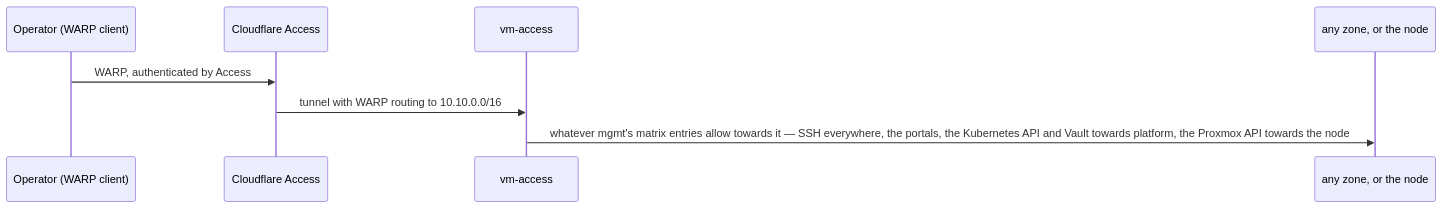
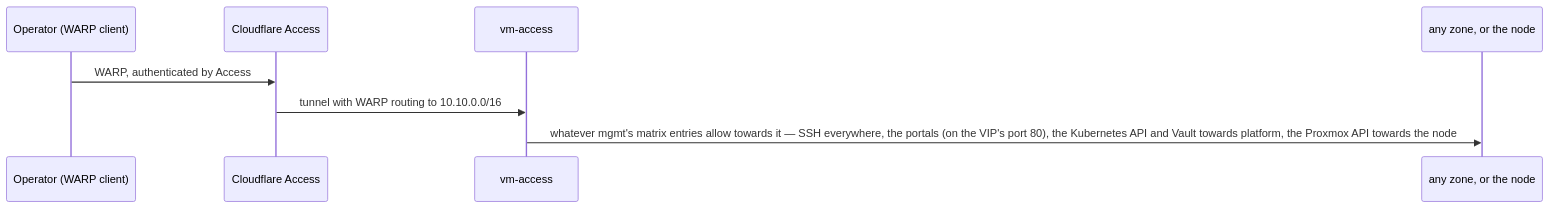
Before and after one commit to 0xc0-homelab/infrastructure: the fifth of 7 diagrams in docs/architecture.md, drawn with Mermaid. The commit also changed other lines of this file and 3 other files, not shown here.

````diff
--- a/docs/architecture.md
+++ b/docs/architecture.md
@@ -178,11 +178,11 @@
 ```mermaid
 sequenceDiagram
   participant O as Operator (WARP client)
   participant CF as Cloudflare Access
   participant V as vm-access
   participant Z as any zone, or the node
 
   O->>CF: WARP, authenticated by Access
   CF->>V: tunnel with WARP routing to 10.10.0.0/16
-  V->>Z: whatever mgmt's matrix entries allow towards it — SSH everywhere, the portals, the Kubernetes API and Vault towards platform, the Proxmox API towards the node
+  V->>Z: whatever mgmt's matrix entries allow towards it — SSH everywhere, the portals (on the VIP's port 80), the Kubernetes API and Vault towards platform, the Proxmox API towards the node
 ```
````
